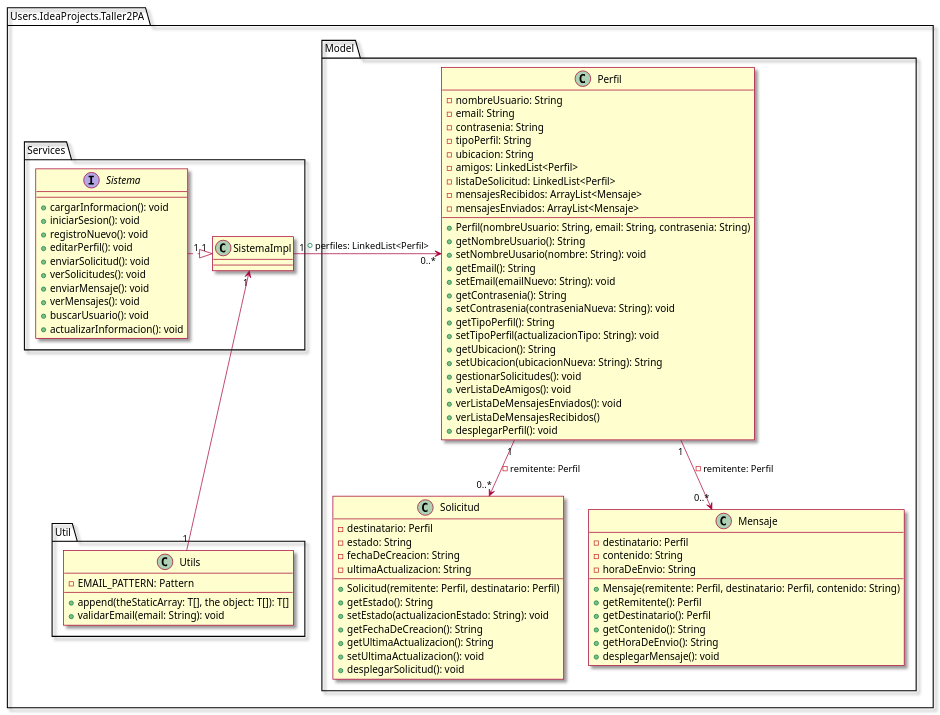
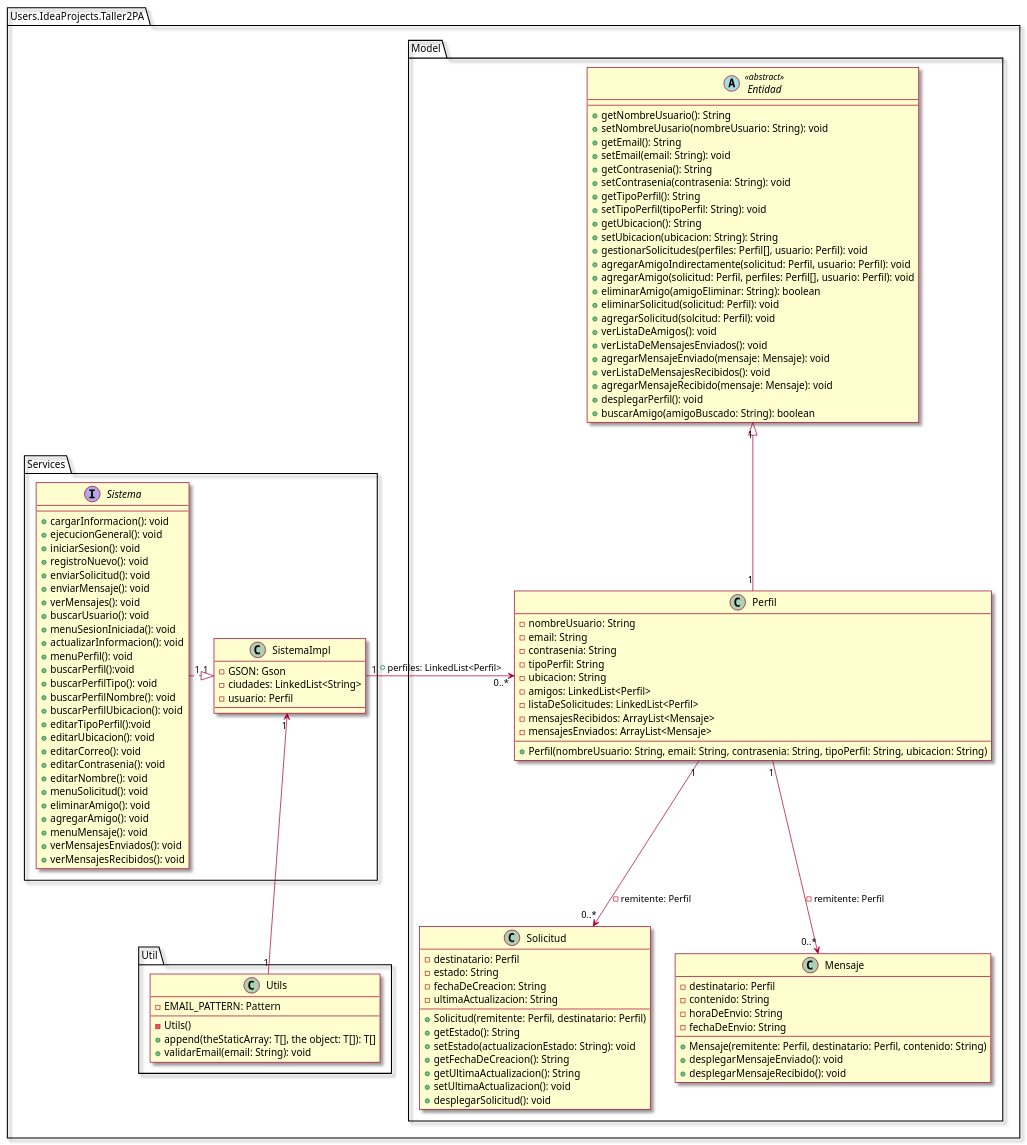
Before and after one commit to BruceMunizaga/Red-Social: the diagram in DiagramaClase.puml, drawn with PlantUML. The commit also changed 5 other files, not shown here.

Commit message:
1.- Se arregló el error que no guardaba los datos cuando se interrumpia la ejecucion. 2.- Se actualizó el diagrama de clase. 3.- Se añadieron mas metodos a la interfaz Sistema.

```diff
--- a/DiagramaClase.puml
+++ b/DiagramaClase.puml
@@ -1,93 +1,121 @@
 @startuml
 skin rose
 set separator none
 !pragma useIntermediatePackages false
 package Users.IdeaProjects.Taller2PA{
     package Model{
+        abstract Entidad <<abstract>> {
+            +getNombreUsuario(): String
+            +setNombreUusario(nombreUsuario: String): void
+            +getEmail(): String
+            +setEmail(email: String): void
+            +getContrasenia(): String
+            +setContrasenia(contrasenia: String): void
+            +getTipoPerfil(): String
+            +setTipoPerfil(tipoPerfil: String): void
+            +getUbicacion(): String
+            +setUbicacion(ubicacion: String): String
+            +gestionarSolicitudes(perfiles: Perfil[], usuario: Perfil): void
+            +agregarAmigoIndirectamente(solicitud: Perfil, usuario: Perfil): void
+            +agregarAmigo(solicitud: Perfil, perfiles: Perfil[], usuario: Perfil): void
+            +eliminarAmigo(amigoEliminar: String): boolean
+            +eliminarSolicitud(solicitud: Perfil): void
+            +agregarSolicitud(solcitud: Perfil): void
+            +verListaDeAmigos(): void
+            +verListaDeMensajesEnviados(): void
+            +agregarMensajeEnviado(mensaje: Mensaje): void
+            +verListaDeMensajesRecibidos(): void
+            +agregarMensajeRecibido(mensaje: Mensaje): void
+            +desplegarPerfil(): void
+            +buscarAmigo(amigoBuscado: String): boolean
+        }
         class Perfil {
             -nombreUsuario: String
             -email: String
             -contrasenia: String
             -tipoPerfil: String
             -ubicacion: String
             -amigos: LinkedList<Perfil>
-            -listaDeSolicitud: LinkedList<Perfil>
+            -listaDeSolicitudes: LinkedList<Perfil>
             -mensajesRecibidos: ArrayList<Mensaje>
             -mensajesEnviados: ArrayList<Mensaje>
-            +Perfil(nombreUsuario: String, email: String, contrasenia: String)
-            +getNombreUsuario(): String
-            +setNombreUusario(nombre: String): void
-            +getEmail(): String
-            +setEmail(emailNuevo: String): void
-            +getContrasenia(): String
-            +setContrasenia(contraseniaNueva: String): void
-            +getTipoPerfil(): String
-            +setTipoPerfil(actualizacionTipo: String): void
-            +getUbicacion(): String
-            +setUbicacion(ubicacionNueva: String): String
-            +gestionarSolicitudes(): void
-            +verListaDeAmigos(): void
-            +verListaDeMensajesEnviados(): void
-            +verListaDeMensajesRecibidos()
-            +desplegarPerfil(): void
+            +Perfil(nombreUsuario: String, email: String, contrasenia: String, tipoPerfil: String, ubicacion: String)
         }
 
         class Solicitud {
             -destinatario: Perfil
             -estado: String
             -fechaDeCreacion: String
             -ultimaActualizacion: String
             +Solicitud(remitente: Perfil, destinatario: Perfil)
             +getEstado(): String
             +setEstado(actualizacionEstado: String): void
             +getFechaDeCreacion(): String
             +getUltimaActualizacion(): String
             +setUltimaActualizacion(): void
             +desplegarSolicitud(): void
         }
 
         class Mensaje {
             -destinatario: Perfil
             -contenido: String
             -horaDeEnvio: String
+            -fechaDeEnvio: String
             +Mensaje(remitente: Perfil, destinatario: Perfil, contenido: String)
-            +getRemitente(): Perfil
-            +getDestinatario(): Perfil
-            +getContenido(): String
-            +getHoraDeEnvio(): String
-            +desplegarMensaje(): void
+            +desplegarMensajeEnviado(): void
+            +desplegarMensajeRecibido(): void
         }
         Perfil "1" --> "0..*" Mensaje: -remitente: Perfil
         Perfil "1" --> "0..*" Solicitud: -remitente: Perfil
+        Entidad "1" <|-- "1" Perfil
     }
     package Services{
         interface Sistema{
             +cargarInformacion(): void
+            +ejecucionGeneral(): void
             +iniciarSesion(): void
             +registroNuevo(): void
-            +editarPerfil(): void
             +enviarSolicitud(): void
-            +verSolicitudes(): void
             +enviarMensaje(): void
             +verMensajes(): void
             +buscarUsuario(): void
+            +menuSesionIniciada(): void
             +actualizarInformacion(): void
+            +menuPerfil(): void
+            +buscarPerfil():void
+            +buscarPerfilTipo(): void
+            +buscarPerfilNombre(): void
+            +buscarPerfilUbicacion(): void
+            +editarTipoPerfil():void
+            +editarUbicacion(): void
+            +editarCorreo(): void
+            +editarContrasenia(): void
+            +editarNombre(): void
+            +menuSolicitud(): void
+            +eliminarAmigo(): void
+            +agregarAmigo(): void
+            +menuMensaje(): void
+            +verMensajesEnviados(): void
+            +verMensajesRecibidos(): void
         }
 
         class SistemaImpl{
-
+            -GSON: Gson
+            -ciudades: LinkedList<String>
+            -usuario: Perfil
         }
         Sistema "1" .|> "1" SistemaImpl
         SistemaImpl "1" -> "0..*" Perfil: +perfiles: LinkedList<Perfil>
     }
     package Util{
         class Utils{
             -EMAIL_PATTERN: Pattern
+            -Utils()
             +append(theStaticArray: T[], the object: T[]): T[]
             +validarEmail(email: String): void
         }
         SistemaImpl "1"<--"1" Utils
     }
 }
 
 @enduml
```
